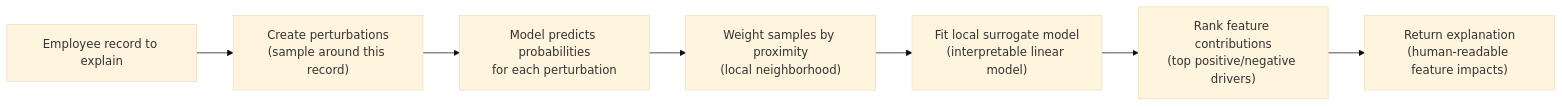
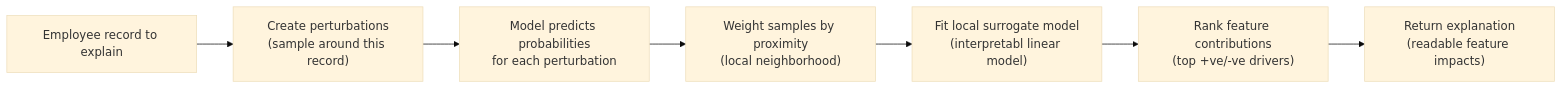
The third of 3 diagrams in class_project/MSML610/Fall2025/Projects/UmdTask62_Fall2025_LIME_Employee_Attrition_Prediction/README.md (gpsaggese/gpsaggese.github.io), drawn with Mermaid (base theme) before and after one commit. The commit also changed other lines of this file, not shown here.

Commit message:
Final Update for README File
Pre-commit checks:
All checks passed ✅

````diff
--- a/class_project/MSML610/Fall2025/Projects/UmdTask62_Fall2025_LIME_Employee_Attrition_Prediction/README.md
+++ b/class_project/MSML610/Fall2025/Projects/UmdTask62_Fall2025_LIME_Employee_Attrition_Prediction/README.md
@@ -552,9 +552,9 @@
 ```mermaid
 flowchart LR
   X["Employee record to explain"] --> A["Create perturbations<br/>(sample around this record)"]
   A --> B["Model predicts probabilities<br/>for each perturbation"]
   B --> C["Weight samples by proximity<br/>(local neighborhood)"]
-  C --> D["Fit local surrogate model<br/>(interpretable linear model)"]
-  D --> E["Rank feature contributions<br/>(top positive/negative drivers)"]
-  E --> F["Return explanation<br/>(human-readable feature impacts)"]
+  C --> D["Fit local surrogate model<br/>(interpretabl linear model)"]
+  D --> E["Rank feature contributions<br/>(top +ve/-ve drivers)"]
+  E --> F["Return explanation<br/>(readable feature impacts)"]
 ```
````
